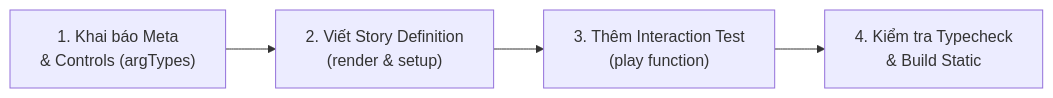
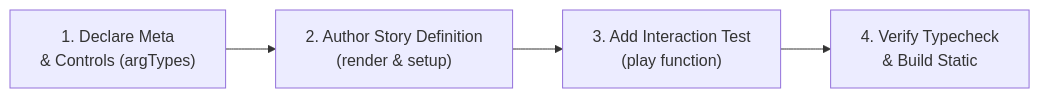
Before and after one commit to tuquet/lib: the diagram in skills/storybook/SKILL.md, drawn with Mermaid. The commit also changed other lines of this file and 21 other files, not shown here.

````diff
--- a/skills/storybook/SKILL.md
+++ b/skills/storybook/SKILL.md
@@ -34,6 +34,6 @@
 ```mermaid
 flowchart LR
-    S1["1. Khai báo Meta\n& Controls (argTypes)"] --> S2["2. Viết Story Definition\n(render & setup)"]
-    S2 --> S3["3. Thêm Interaction Test\n(play function)"]
-    S3 --> S4["4. Kiểm tra Typecheck\n& Build Static"]
+    S1["1. Declare Meta\n& Controls (argTypes)"] --> S2["2. Author Story Definition\n(render & setup)"]
+    S2 --> S3["3. Add Interaction Test\n(play function)"]
+    S3 --> S4["4. Verify Typecheck\n& Build Static"]
 ```
````
